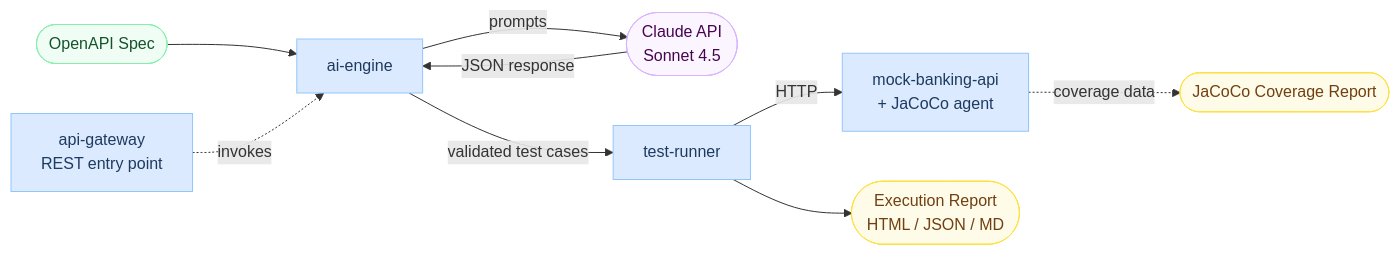
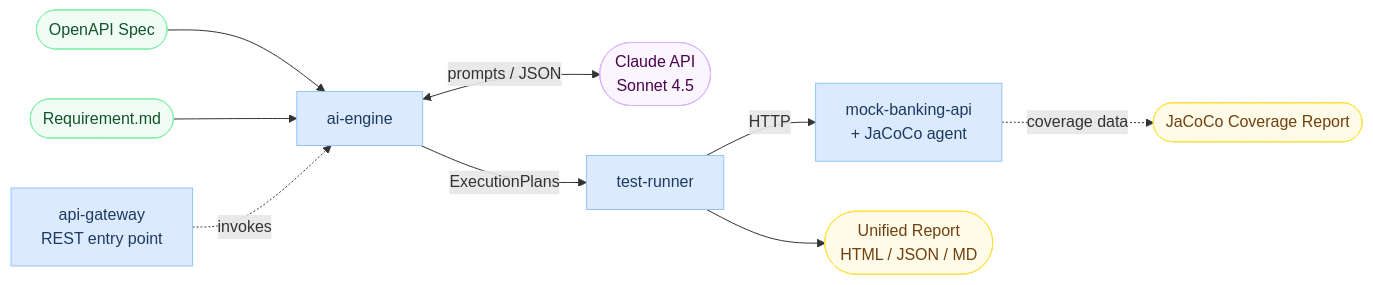
The diagram in README.md (meiashley/testforge-ai), drawn with Mermaid before and after one commit. The commit also changed other lines of this file, not shown here.

````diff
--- a/README.md
+++ b/README.md
@@ -112,16 +63,21 @@
 ```mermaid
 graph LR
-    A([OpenAPI Spec]):::input --> B[ai-engine]:::module
-    B -->|prompts| C([Claude API\nSonnet 4.5]):::external
-    C -->|JSON response| B
-    B -->|validated test cases| D[test-runner]:::module
-    D -->|HTTP| E[mock-banking-api\n+ JaCoCo agent]:::module
-    D --> F([Execution Report\nHTML / JSON / MD]):::output
-    E -.->|coverage data| G([JaCoCo Coverage Report]):::output
-    H[api-gateway\nREST entry point]:::module -.->|invokes| B
+    A([OpenAPI Spec]) --> B[ai-engine]
+    R([Requirement.md]) --> B
+    B <-->|prompts / JSON| C([Claude API<br/>Sonnet 4.5])
+    B -->|ExecutionPlans| D[test-runner]
+    D -->|HTTP| E[mock-banking-api<br/>+ JaCoCo agent]
+    D --> F([Unified Report<br/>HTML / JSON / MD])
+    E -.->|coverage data| G([JaCoCo Coverage Report])
+    H[api-gateway<br/>REST entry point] -.->|invokes| B
 
     classDef module fill:#dbeafe,stroke:#93c5fd,color:#1e3a5f
     classDef input fill:#f0fdf4,stroke:#86efac,color:#14532d
     classDef output fill:#fefce8,stroke:#fde047,color:#713f12
     classDef external fill:#faf5ff,stroke:#d8b4fe,color:#4a044e
+
+    class B,D,E,H module
+    class A,R input
+    class F,G output
+    class C external
 ```
````
